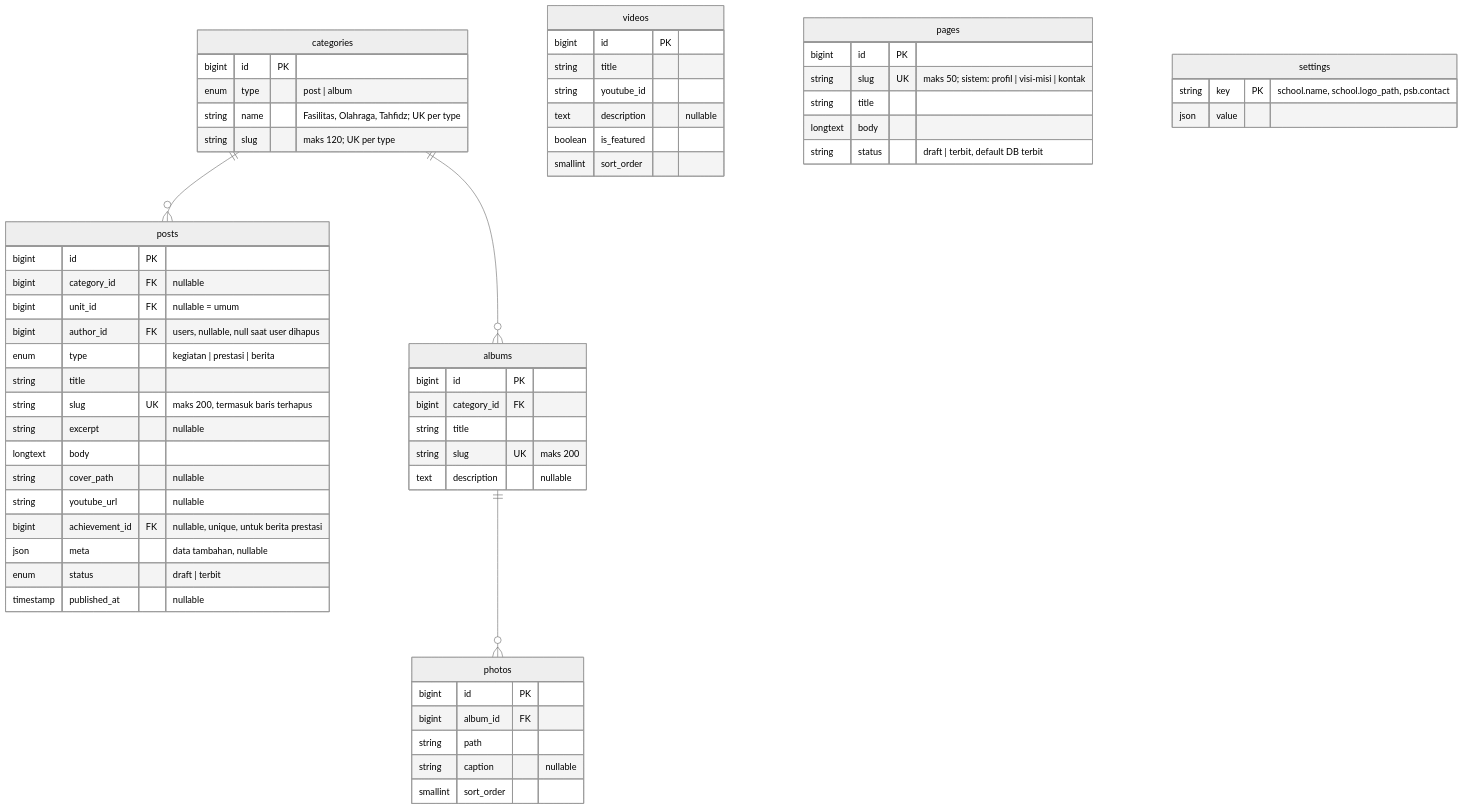
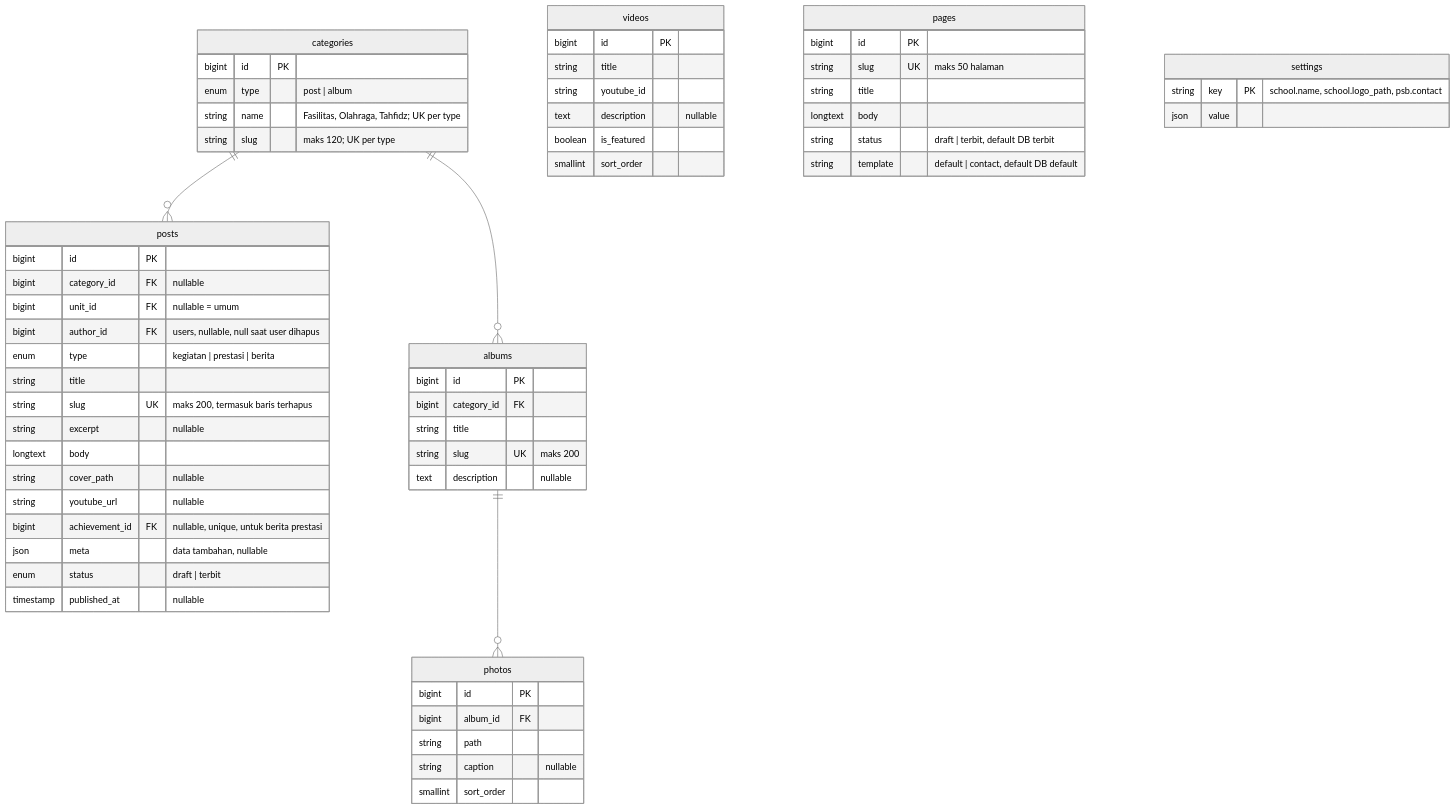
One commit to dankedev/pondok changed the tenth of 11 diagrams in docs/erd.md. Above: the diagram before and after it, drawn with Mermaid (neutral theme). The commit also changed other lines of this file and 2 other files, not shown here.

Commit message:
docs(konten): catat template halaman di ERD, PRD, dan rencana F048

````diff
--- a/docs/erd.md
+++ b/docs/erd.md
@@ -750,63 +750,64 @@
 ```mermaid
 erDiagram
   categories {
     bigint id PK
     enum type "post | album"
     string name "Fasilitas, Olahraga, Tahfidz; UK per type"
     string slug "maks 120; UK per type"
   }
   posts {
     bigint id PK
     bigint category_id FK "nullable"
     bigint unit_id FK "nullable = umum"
     bigint author_id FK "users, nullable, null saat user dihapus"
     enum type "kegiatan | prestasi | berita"
     string title
     string slug UK "maks 200, termasuk baris terhapus"
     string excerpt "nullable"
     longtext body
     string cover_path "nullable"
     string youtube_url "nullable"
     bigint achievement_id FK "nullable, unique, untuk berita prestasi"
     json meta "data tambahan, nullable"
     enum status "draft | terbit"
     timestamp published_at "nullable"
   }
   albums {
     bigint id PK
     bigint category_id FK
     string title
     string slug UK "maks 200"
     text description "nullable"
   }
   photos {
     bigint id PK
     bigint album_id FK
     string path
     string caption "nullable"
     smallint sort_order
   }
   videos {
     bigint id PK
     string title
     string youtube_id
     text description "nullable"
     boolean is_featured
     smallint sort_order
   }
   pages {
     bigint id PK
-    string slug UK "maks 50; sistem: profil | visi-misi | kontak"
+    string slug UK "maks 50 halaman"
     string title
     longtext body
     string status "draft | terbit, default DB terbit"
+    string template "default | contact, default DB default"
   }
   settings {
     string key PK "school.name, school.logo_path, psb.contact"
     json value
   }
   categories ||--o{ posts : ""
   categories ||--o{ albums : ""
   albums ||--o{ photos : ""
   
 ```
````
